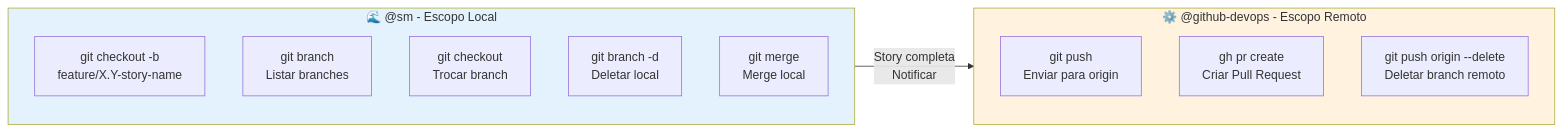
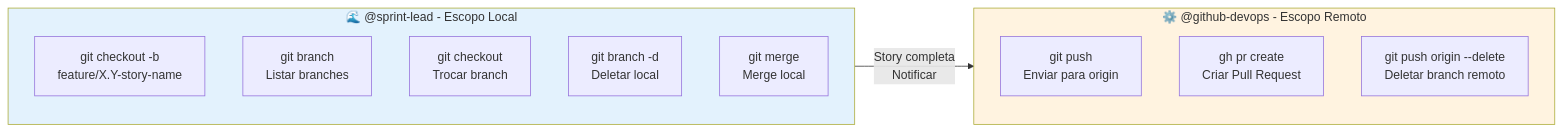
The third of 4 diagrams in docs/sinapse-agent-flows/sm-system.md (caioimori/sinapse-ai), drawn with Mermaid before and after one commit. The commit also changed other lines of this file and 873 other files, not shown here.

````diff
--- a/docs/sinapse-agent-flows/sm-system.md
+++ b/docs/sinapse-agent-flows/sm-system.md
@@ -200,21 +200,21 @@
 ```mermaid
 flowchart LR
-    subgraph SM_SCOPE["🌊 @sm - Escopo Local"]
+    subgraph SM_SCOPE["🌊 @sprint-lead - Escopo Local"]
         CREATE_BRANCH["git checkout -b<br/>feature/X.Y-story-name"]
         LIST_BRANCH["git branch<br/>Listar branches"]
         SWITCH_BRANCH["git checkout<br/>Trocar branch"]
         DELETE_LOCAL["git branch -d<br/>Deletar local"]
         MERGE_LOCAL["git merge<br/>Merge local"]
     end
 
     subgraph DEVOPS_SCOPE["⚙️ @github-devops - Escopo Remoto"]
         PUSH["git push<br/>Enviar para origin"]
         CREATE_PR["gh pr create<br/>Criar Pull Request"]
         DELETE_REMOTE["git push origin --delete<br/>Deletar branch remoto"]
     end
 
     SM_SCOPE -->|"Story completa<br/>Notificar"| DEVOPS_SCOPE
 
     style SM_SCOPE fill:#e3f2fd
     style DEVOPS_SCOPE fill:#fff3e0
 ```
````
